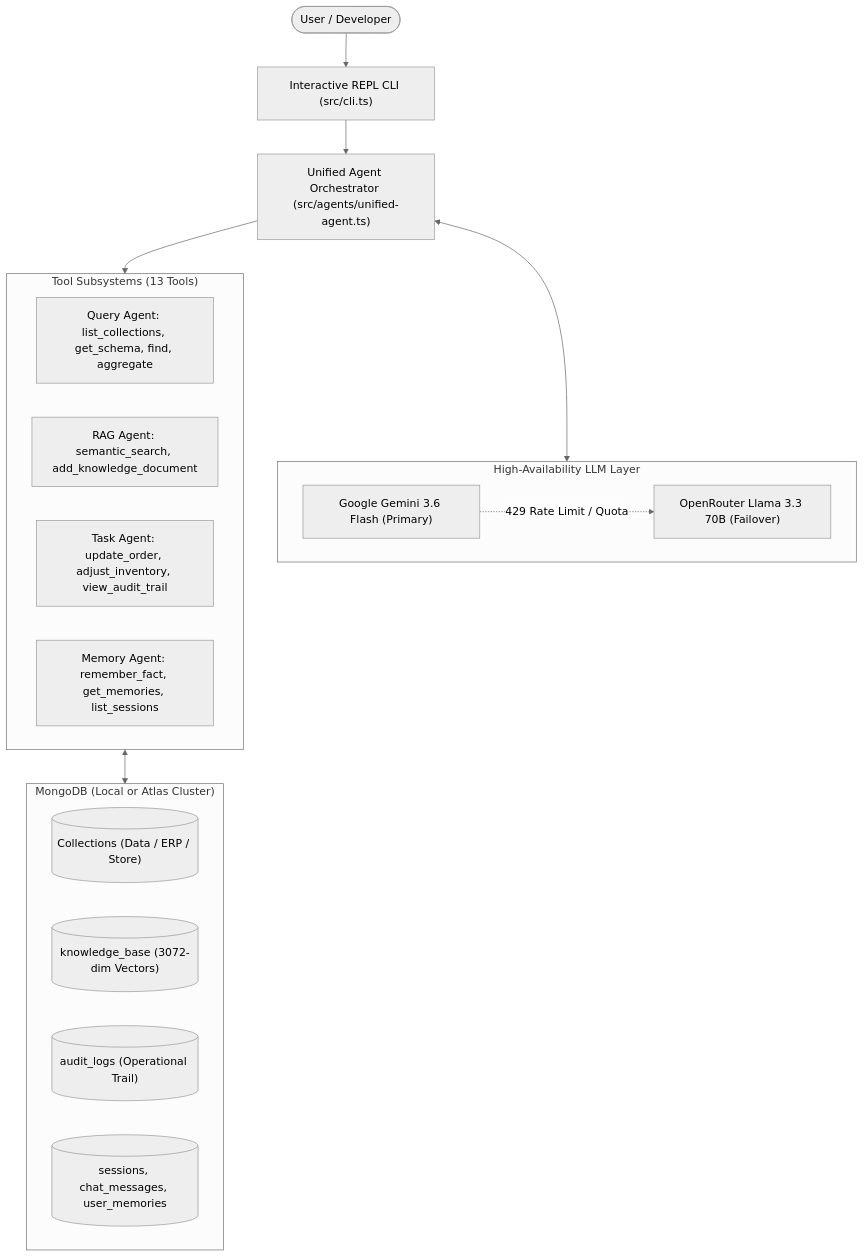
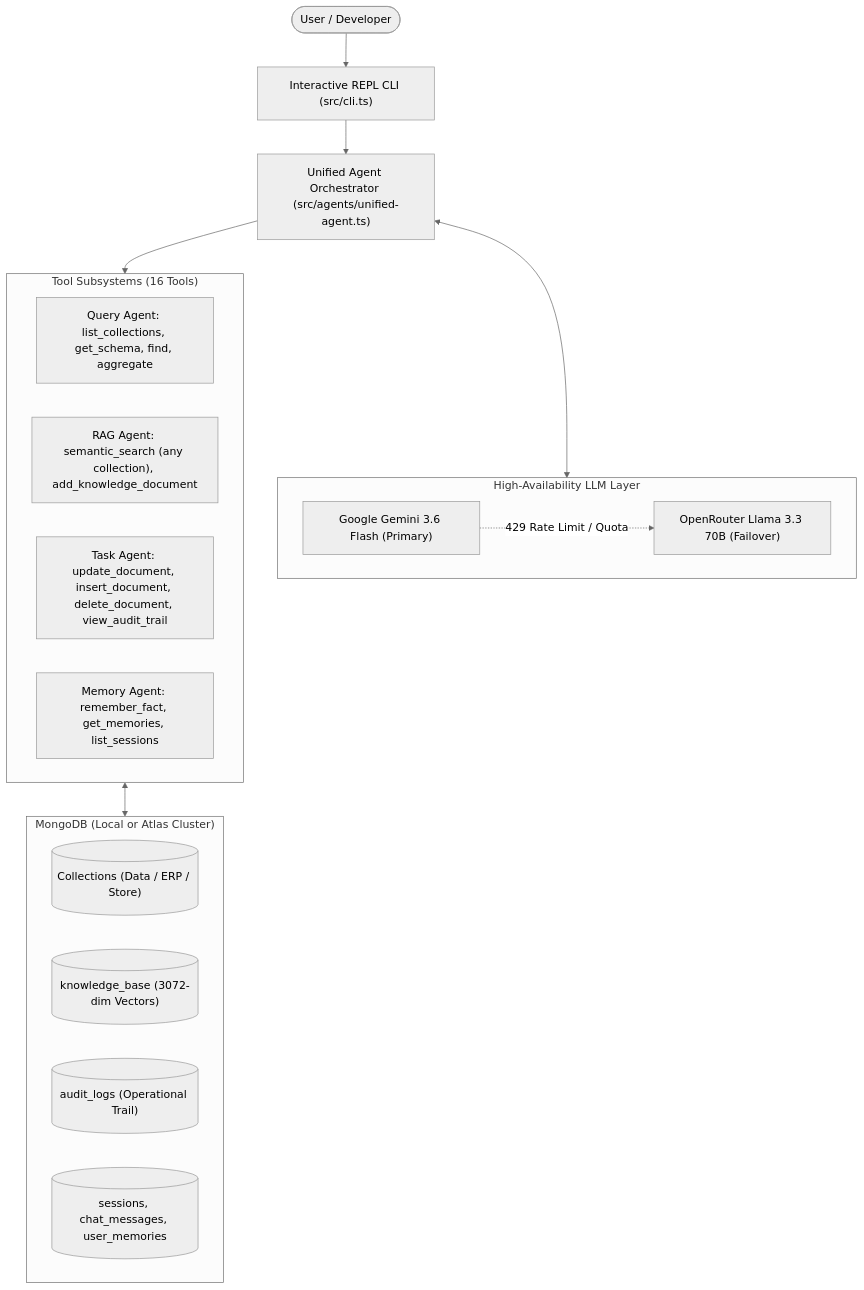
One commit to codewithmanish102003/MongoDB-AI-Agent changed the first of 2 diagrams in README.md. Above: the diagram before and after it, drawn with Mermaid (neutral theme). The commit also changed other lines of this file and 8 other files, not shown here.

Commit message:
feat(v2): generalize agent for arbitrary MongoDB schemas with universal CRUD and vector search

````diff
--- a/README.md
+++ b/README.md
@@ -65,31 +65,31 @@
 ```mermaid
 flowchart TD
     User([User / Developer]) --> CLI["Interactive REPL CLI (src/cli.ts)"]
     CLI --> Orchestrator["Unified Agent Orchestrator (src/agents/unified-agent.ts)"]
 
     subgraph LLM_Layer ["High-Availability LLM Layer"]
         Gemini["Google Gemini 3.6 Flash (Primary)"]
         OpenRouter["OpenRouter Llama 3.3 70B (Failover)"]
         Gemini -.->|429 Rate Limit / Quota| OpenRouter
     end
 
     Orchestrator <--> LLM_Layer
 
-    subgraph Toolsets ["Tool Subsystems (13 Tools)"]
+    subgraph Toolsets ["Tool Subsystems (16 Tools)"]
         T1["Query Agent: list_collections, get_schema, find, aggregate"]
-        T2["RAG Agent: semantic_search, add_knowledge_document"]
-        T3["Task Agent: update_order, adjust_inventory, view_audit_trail"]
+        T2["RAG Agent: semantic_search (any collection), add_knowledge_document"]
+        T3["Task Agent: update_document, insert_document, delete_document, view_audit_trail"]
         T4["Memory Agent: remember_fact, get_memories, list_sessions"]
     end
 
     Orchestrator --> Toolsets
 
     subgraph Database ["MongoDB (Local or Atlas Cluster)"]
         BusinessDB[("Collections (Data / ERP / Store)")]
         Vectors[("knowledge_base (3072-dim Vectors)")]
         Audit[("audit_logs (Operational Trail)")]
         MemoryDB[("sessions, chat_messages, user_memories")]
     end
 
     Toolsets <--> Database
 ```
````
